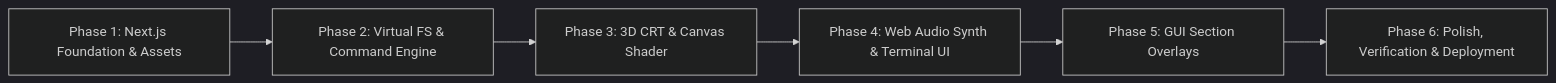
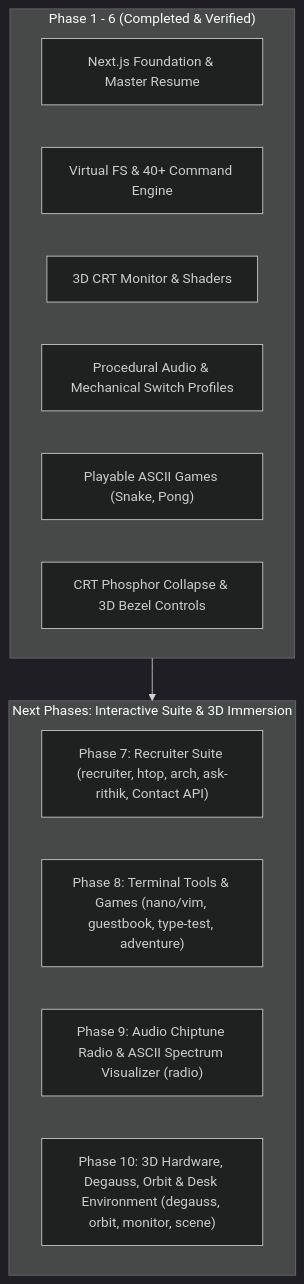
One commit to rithikagrawal/portfolio changed the diagram in PLAN.md. Above: the diagram before and after it, drawn with Mermaid (dark theme). The commit also changed other lines of this file and 19 other files, not shown here.

Commit message:
feat(portfolio): add recruiter briefing, AI copilot, htop, arch visualizer, nano editor, guestbook, type test, adventure RPG, chiptune radio, degauss, 360 orbit, monitor models, 3D desk scene, and contact API

````diff
--- a/PLAN.md
+++ b/PLAN.md
@@ -172,11 +172,20 @@
 ```mermaid
-flowchart LR
-    P1["Phase 1: Next.js Foundation & Assets"]
-    P2["Phase 2: Virtual FS & Command Engine"]
-    P3["Phase 3: 3D CRT & Canvas Shader"]
-    P4["Phase 4: Web Audio Synth & Terminal UI"]
-    P5["Phase 5: GUI Section Overlays"]
-    P6["Phase 6: Polish, Verification & Deployment"]
+flowchart TD
+    subgraph Completed ["Phase 1 - 6 (Completed & Verified)"]
+        C1["Next.js Foundation & Master Resume"]
+        C2["Virtual FS & 40+ Command Engine"]
+        C3["3D CRT Monitor & Shaders"]
+        C4["Procedural Audio & Mechanical Switch Profiles"]
+        C5["Playable ASCII Games (Snake, Pong)"]
+        C6["CRT Phosphor Collapse & 3D Bezel Controls"]
+    end
 
-    P1 --> P2 --> P3 --> P4 --> P5 --> P6
+    subgraph Expansion ["Next Phases: Interactive Suite & 3D Immersion"]
+        E1["Phase 7: Recruiter Suite (recruiter, htop, arch, ask-rithik, Contact API)"]
+        E2["Phase 8: Terminal Tools & Games (nano/vim, guestbook, type-test, adventure)"]
+        E3["Phase 9: Audio Chiptune Radio & ASCII Spectrum Visualizer (radio)"]
+        E4["Phase 10: 3D Hardware, Degauss, Orbit & Desk Environment (degauss, orbit, monitor, scene)"]
+    end
+
+    Completed --> Expansion
 ```
````
